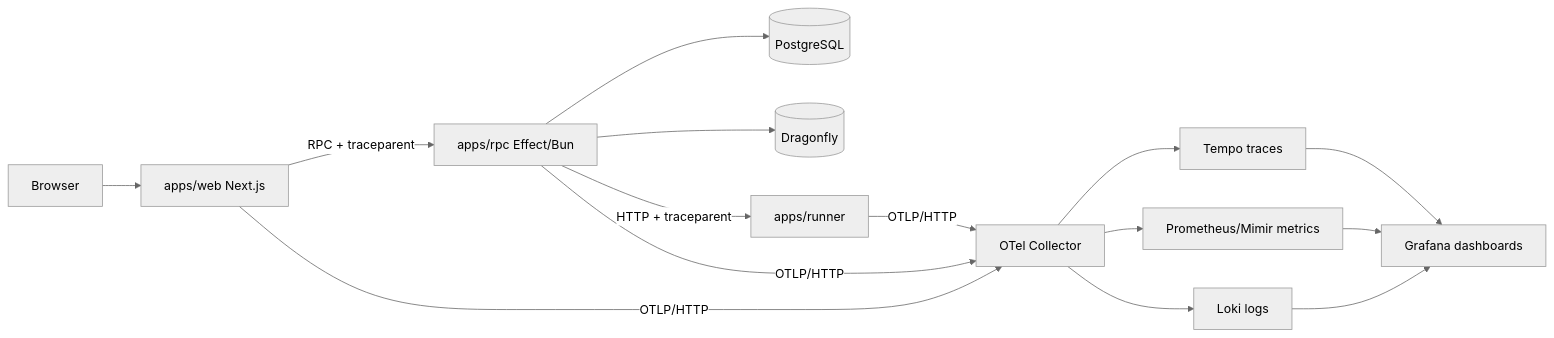
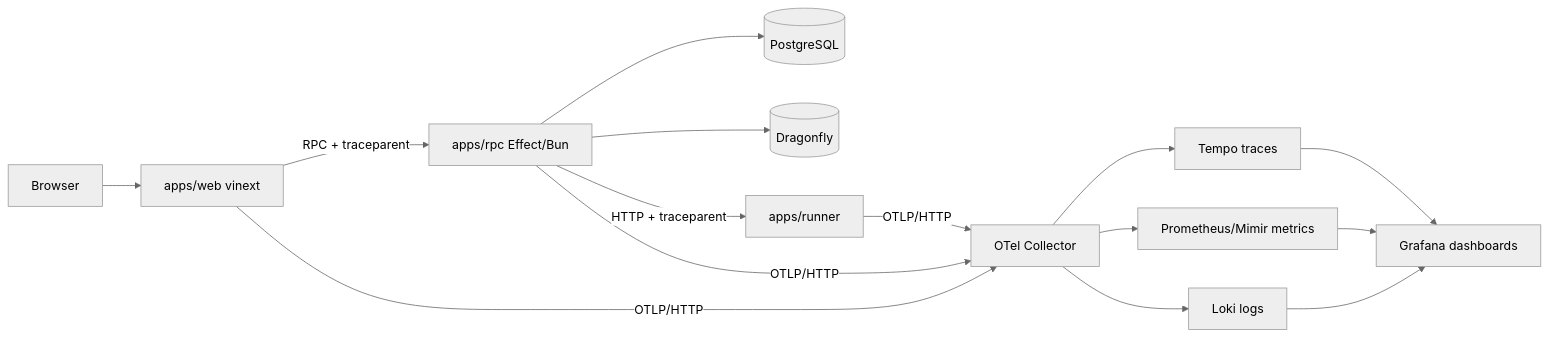
Before and after one commit to ejluv143/ExamSIC: the diagram in docs/observability-plan.md, drawn with Mermaid (neutral theme). The commit also changed other lines of this file and 12 other files, not shown here.

Commit message:
Run the web app on vinext (Vite) instead of Next.js

````diff
--- a/docs/observability-plan.md
+++ b/docs/observability-plan.md
@@ -20,13 +20,13 @@
 ```mermaid
 flowchart LR
-  B[Browser] --> W[apps/web Next.js]
+  B[Browser] --> W[apps/web vinext]
   W -- RPC + traceparent --> A[apps/rpc Effect/Bun]
   A --> PG[(PostgreSQL)]
   A --> DF[(Dragonfly)]
   A -- HTTP + traceparent --> R[apps/runner]
   W & A & R -- OTLP/HTTP --> C[OTel Collector]
   C --> T[Tempo traces]
   C --> M[Prometheus/Mimir metrics]
   C --> L[Loki logs]
   T & M & L --> G[Grafana dashboards]
 ```
````
